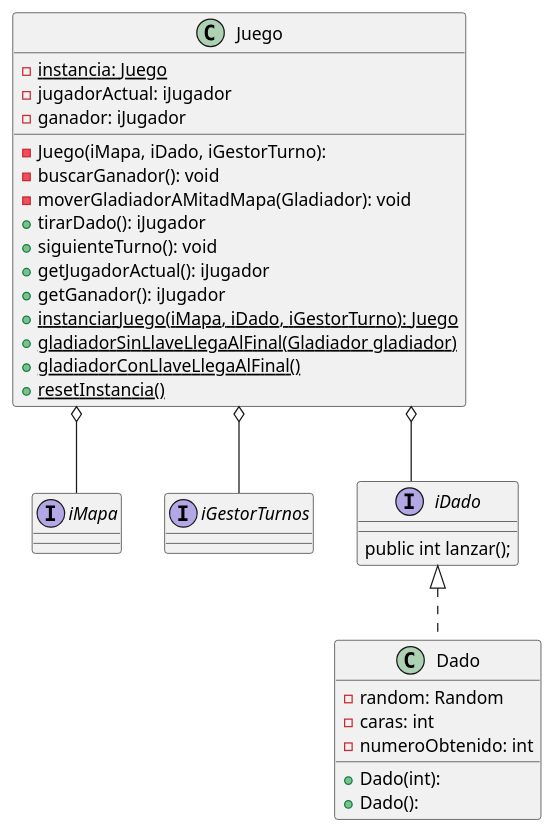
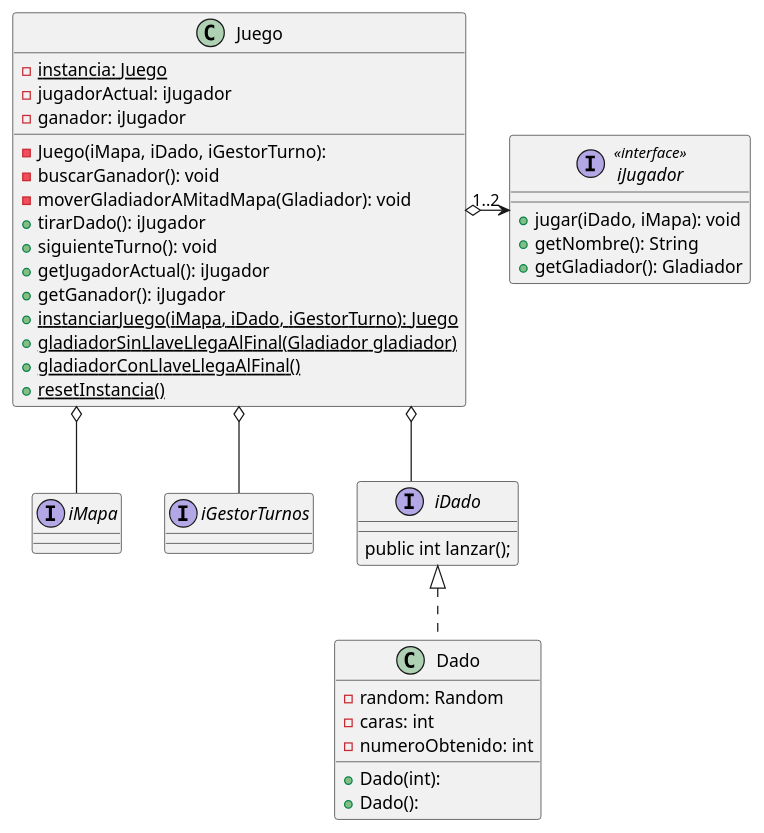
One commit to mcumskov/Algo3_tp2 changed the diagram in diagrams/clases/DiagramasParaInforme/diagramaJuegoChiquito.puml. Above: the diagram before and after it, drawn with PlantUML. The commit also changed 4 other files, not shown here.

Commit message:
edit diagramas

```diff
--- a/diagrams/clases/DiagramasParaInforme/diagramaJuegoChiquito.puml
+++ b/diagrams/clases/DiagramasParaInforme/diagramaJuegoChiquito.puml
@@ -1,44 +1,52 @@
 @startuml
 skinparam linetype ortho
 
 class Juego {
 - {static}instancia: Juego
 - Juego(iMapa, iDado, iGestorTurno):
 - jugadorActual: iJugador
 - buscarGanador(): void
 - moverGladiadorAMitadMapa(Gladiador): void
 - ganador: iJugador
 + tirarDado(): iJugador
 + siguienteTurno(): void
 + getJugadorActual(): iJugador
 + getGanador(): iJugador
 + {static}instanciarJuego(iMapa, iDado, iGestorTurno): Juego
 + {static}gladiadorSinLlaveLlegaAlFinal(Gladiador gladiador)
 + {static} gladiadorConLlaveLlegaAlFinal()
 + {static} resetInstancia()
 
 }
 interface iMapa
 interface iGestorTurnos
 
 
 interface iDado {
     public int lanzar();
 }
 
 
 class Dado {
   + Dado(int):
   + Dado():
   - random: Random
   - caras: int
   - numeroObtenido: int
 }
 
+
+interface iJugador << interface >> {
+  + jugar(iDado, iMapa): void
+  + getNombre(): String
+  + getGladiador(): Gladiador
+}
+
 Juego o-- iMapa
 Juego o-- iGestorTurnos
 Juego o-- iDado
 iDado <|.- Dado
+Juego "1..2" o-> iJugador
 
 
 @enduml
```
